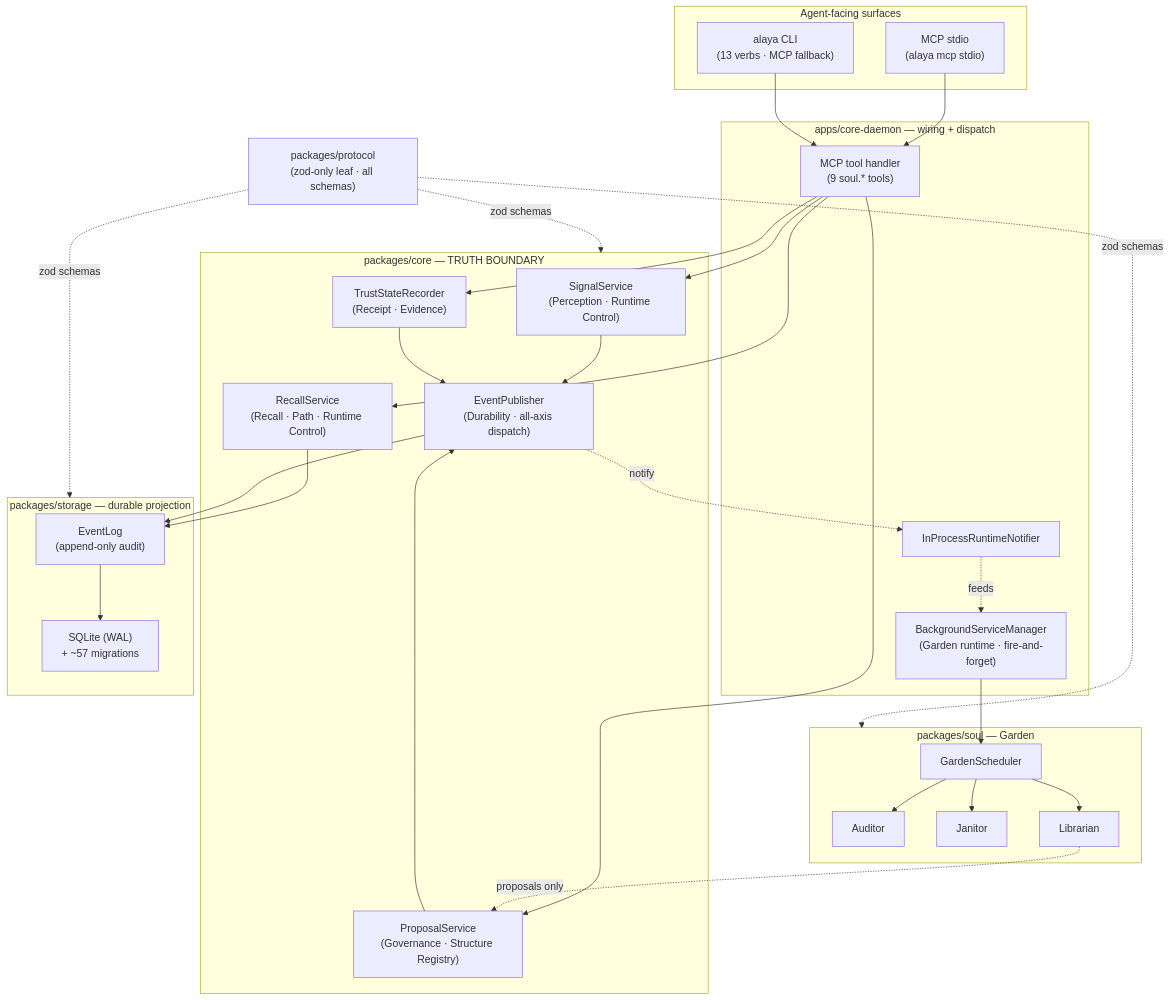
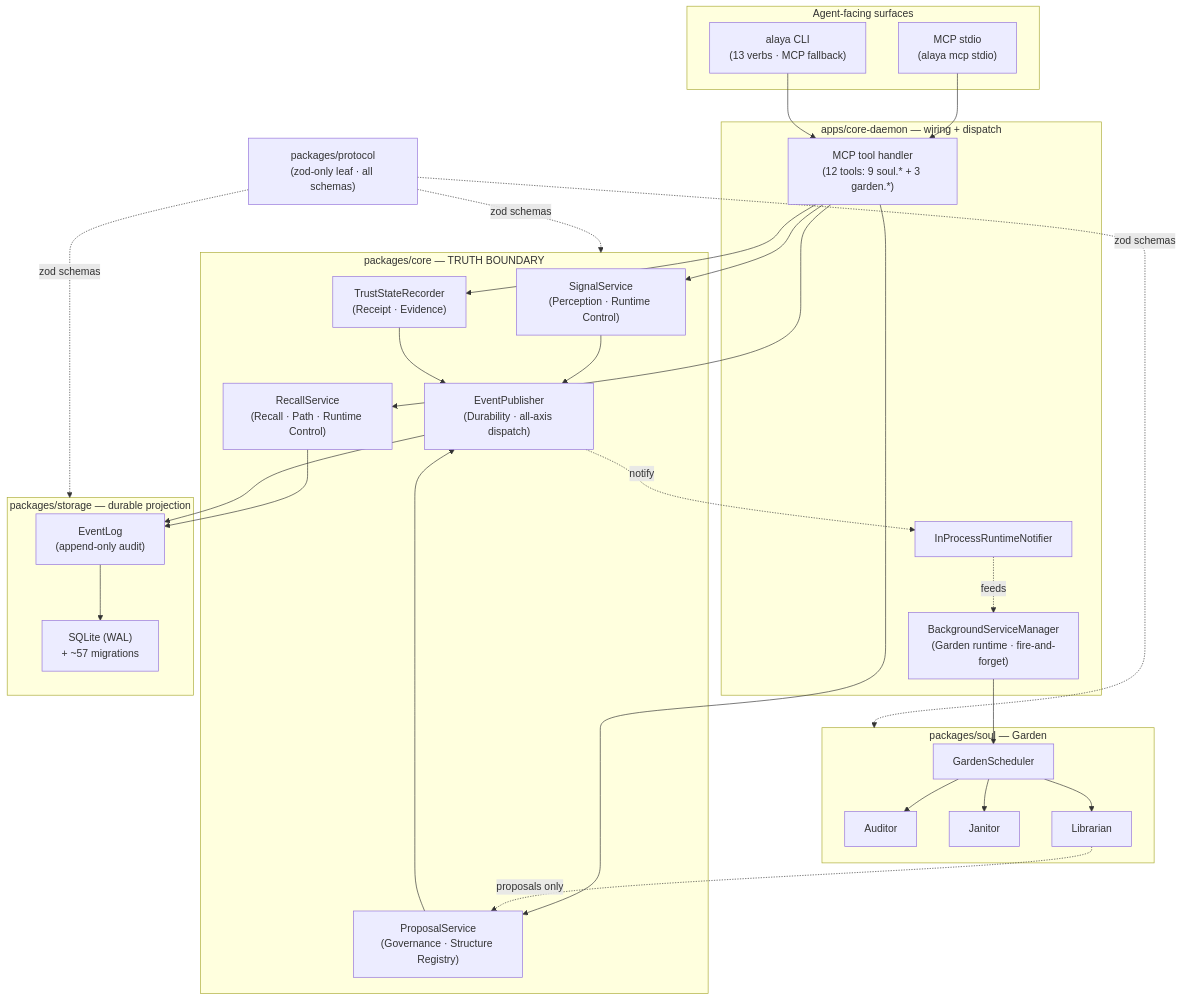
One commit to tdwhere123/Do-SOUL-Alaya changed the second of 2 diagrams in README.md. Above: the diagram before and after it, drawn with Mermaid. The commit also changed other lines of this file and 7 other files, not shown here.

````diff
--- a/README.md
+++ b/README.md
@@ -329,57 +329,57 @@
 ```mermaid
 graph TD
     subgraph Surfaces["Agent-facing surfaces"]
         MCPS["MCP stdio<br/>(alaya mcp stdio)"]
         CLIS["alaya CLI<br/>(13 verbs · MCP fallback)"]
     end
 
     subgraph Daemon["apps/core-daemon — wiring + dispatch"]
-        TH["MCP tool handler<br/>(9 soul.* tools)"]
+        TH["MCP tool handler<br/>(12 tools: 9 soul.* + 3 garden.*)"]
         BG["BackgroundServiceManager<br/>(Garden runtime · fire-and-forget)"]
         NOTI["InProcessRuntimeNotifier"]
     end
 
     subgraph Core["packages/core — TRUTH BOUNDARY"]
         SS["SignalService<br/>(Perception · Runtime Control)"]
         PROP["ProposalService<br/>(Governance · Structure Registry)"]
         EP["EventPublisher<br/>(Durability · all-axis dispatch)"]
         REC["RecallService<br/>(Recall · Path · Runtime Control)"]
         TR["TrustStateRecorder<br/>(Receipt · Evidence)"]
     end
 
     subgraph Soul["packages/soul — Garden"]
         AUD["Auditor"]
         JAN["Janitor"]
         LIB["Librarian"]
         SCH["GardenScheduler"]
     end
 
     subgraph StorageBox["packages/storage — durable projection"]
         EL["EventLog<br/>(append-only audit)"]
         DB["SQLite (WAL)<br/>+ ~57 migrations"]
     end
 
     PROTO["packages/protocol<br/>(zod-only leaf · all schemas)"]
 
     MCPS --> TH
     CLIS --> TH
     TH --> SS
     TH --> PROP
     TH --> REC
     TH --> TR
     SS --> EP
     PROP --> EP
     REC --> EL
     TR --> EP
     EP --> EL
     EL --> DB
     EP -.notify.-> NOTI
     NOTI -.feeds.-> BG
     BG --> SCH
     SCH --> AUD & JAN & LIB
     LIB -.proposals only.-> PROP
 
     PROTO -. zod schemas .-> Core
     PROTO -. zod schemas .-> Soul
     PROTO -. zod schemas .-> StorageBox
 ```
````
